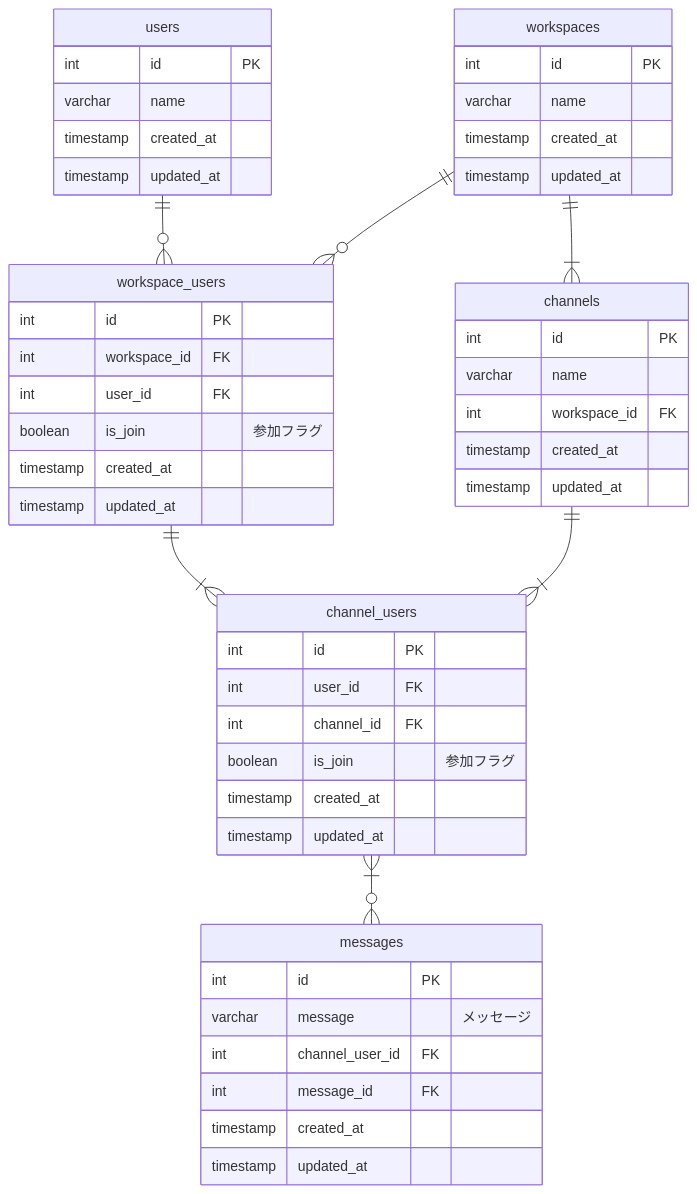
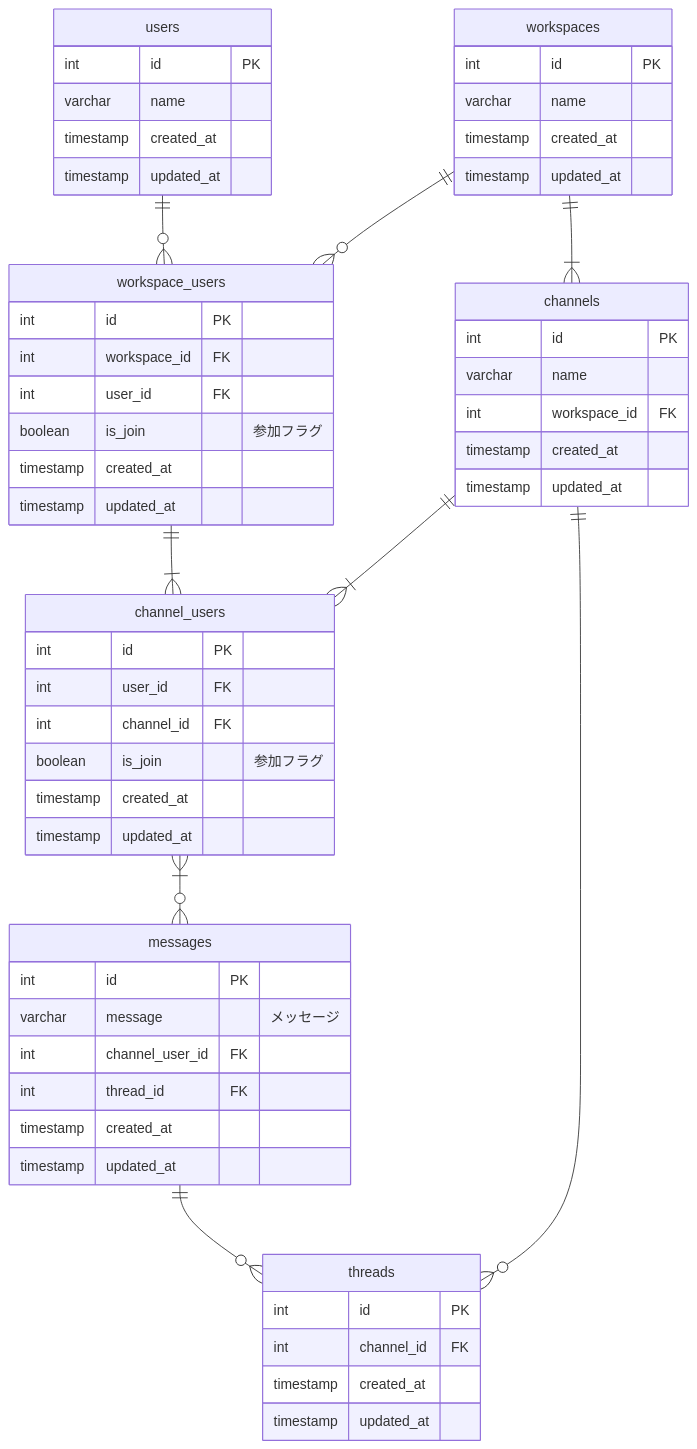
The diagram in database/modeling/002/challenge01.md (yaeok/PrAha_challenge), drawn with Mermaid before and after one commit.

Commit message:
スレッドメッセージの設計を修正

````diff
--- a/database/modeling/002/challenge01.md
+++ b/database/modeling/002/challenge01.md
@@ -9,58 +9,67 @@
 ```mermaid
 erDiagram
     users ||--o{ workspace_users : ""
     workspaces ||--o{ workspace_users : ""
     workspaces ||--|{ channels : ""
     workspace_users ||--|{ channel_users : ""
     channels ||--|{ channel_users : ""
     channel_users }|--o{ messages : ""
+    messages ||--o{ threads : ""
+    channels ||--o{ threads : ""
 
     users {
         int id PK
         varchar name
         timestamp created_at
         timestamp updated_at
     }
 
     workspaces {
         int id PK
         varchar name
         timestamp created_at
         timestamp updated_at
     }
 
     workspace_users {
         int id PK
         int workspace_id FK
         int user_id FK
         boolean is_join "参加フラグ"
         timestamp created_at
         timestamp updated_at
     }
 
     channels {
         int id PK
         varchar name
         int workspace_id FK
         timestamp created_at
         timestamp updated_at
     }
 
     channel_users {
         int id PK
         int user_id FK
         int channel_id FK
         boolean is_join "参加フラグ"
         timestamp created_at
         timestamp updated_at
     }
 
     messages {
         int id PK
         varchar message "メッセージ"
         int channel_user_id FK
-        int message_id FK
+        int thread_id FK
+        timestamp created_at
+        timestamp updated_at
+    }
+
+    threads {
+        int id PK
+        int channel_id FK
         timestamp created_at
         timestamp updated_at
     }
 ```
````
